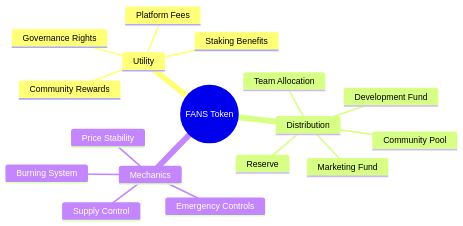
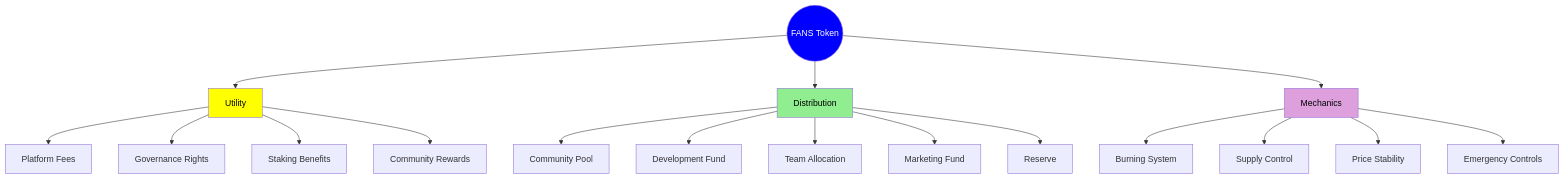
The first of 18 diagrams in docs/economic-model.md (MEMEFANS/memefans), drawn with Mermaid before and after one commit. The commit also changed other lines of this file and 15 other files, not shown here.

Commit message:
docs: update Mermaid diagram formats to use HTML div format for better rendering

````diff
--- a/docs/economic-model.md
+++ b/docs/economic-model.md
@@ -5,20 +5,27 @@
-```mermaid
-mindmap
-    root((FANS Token))
-        Utility
-            Platform Fees
-            Governance Rights
-            Staking Benefits
-            Community Rewards
-        Distribution
-            Community Pool
-            Development Fund
-            Team Allocation
-            Marketing Fund
-            Reserve
-        Mechanics
-            Burning System
-            Supply Control
-            Price Stability
-            Emergency Controls
-```
+<div class="mermaid">
+graph TD
+    FANS((FANS Token)) --> U[Utility]
+    FANS --> D[Distribution]
+    FANS --> M[Mechanics]
+    
+    U --> PF[Platform Fees]
+    U --> GR[Governance Rights]
+    U --> SB[Staking Benefits]
+    U --> CR[Community Rewards]
+    
+    D --> CP[Community Pool]
+    D --> DF[Development Fund]
+    D --> TA[Team Allocation]
+    D --> MF[Marketing Fund]
+    D --> R[Reserve]
+    
+    M --> BS[Burning System]
+    M --> SC[Supply Control]
+    M --> PS[Price Stability]
+    M --> EC[Emergency Controls]
+
+    style FANS fill:#0000FF,color:#FFFFFF
+    style U fill:#FFFF00,color:#000000
+    style D fill:#90EE90,color:#000000
+    style M fill:#DDA0DD,color:#000000
+</div>
````
